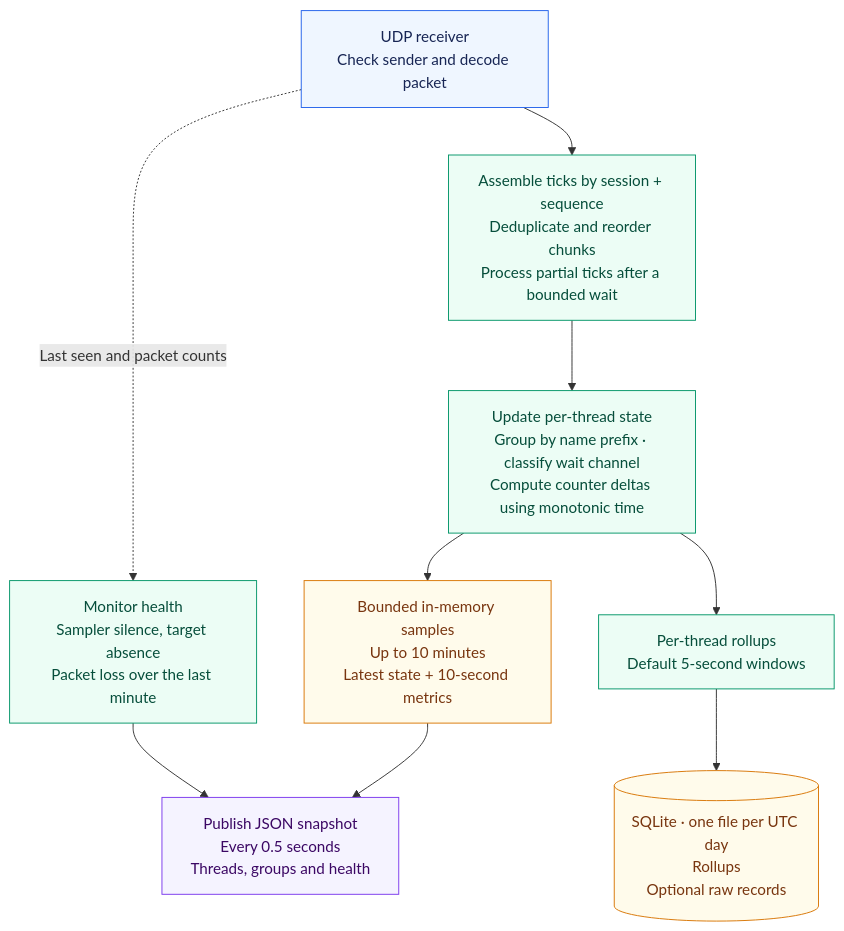
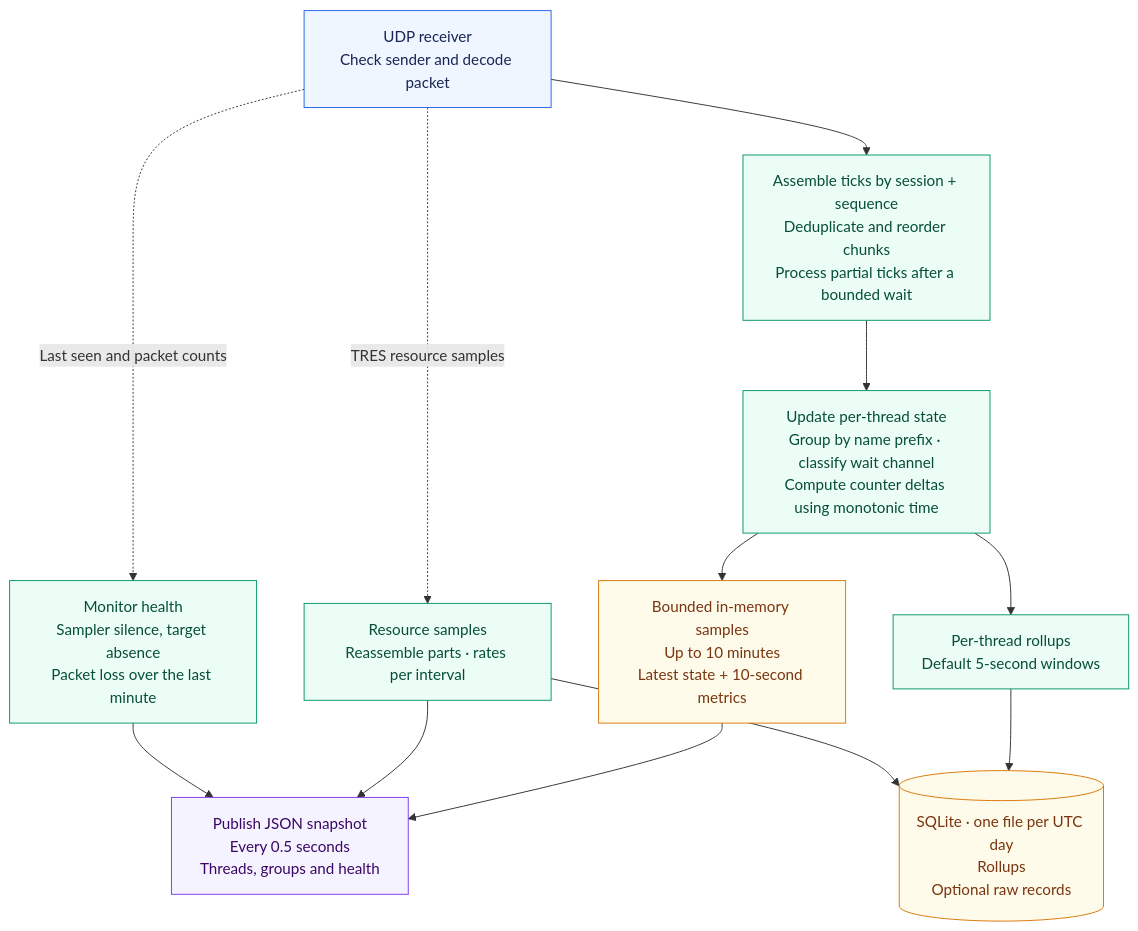
The third of 4 diagrams in docs/architecture.md (breakbadsp/triangulator), drawn with Mermaid before and after one commit. The commit also changed other lines of this file and 5 other files, not shown here.

First line of the commit message:
Docs: explain the resource metrics and update the roadmap

````diff
--- a/docs/architecture.md
+++ b/docs/architecture.md
@@ -87,25 +93,28 @@
 ```mermaid
 flowchart TD
     udp["UDP receiver<br/>Check sender and decode packet"]
     merge["Assemble ticks by session + sequence<br/>Deduplicate and reorder chunks<br/>Process partial ticks after a bounded wait"]
     process["Update per-thread state<br/>Group by name prefix · classify wait channel<br/>Compute counter deltas using monotonic time"]
     live["Bounded in-memory samples<br/>Up to 10 minutes<br/>Latest state + 10-second metrics"]
     rollup["Per-thread rollups<br/>Default 5-second windows"]
     health["Monitor health<br/>Sampler silence, target absence<br/>Packet loss over the last minute"]
     snapshot["Publish JSON snapshot<br/>Every 0.5 seconds<br/>Threads, groups and health"]
     db[("SQLite · one file per UTC day<br/>Rollups<br/>Optional raw records")]
 
     udp --> merge --> process
     process --> live --> snapshot
     process --> rollup --> db
+    udp -.->|"TRES resource samples"| resource["Resource samples<br/>Reassemble parts · rates per interval"]
+    resource --> snapshot
+    resource --> db
     udp -.->|"Last seen and packet counts"| health --> snapshot
 
     classDef source fill:#eff6ff,stroke:#2563eb,color:#172554
     classDef compute fill:#ecfdf5,stroke:#059669,color:#064e3b
     classDef store fill:#fffbeb,stroke:#d97706,color:#78350f
     classDef view fill:#f5f3ff,stroke:#7c3aed,color:#3b0764
     class udp source
-    class merge,process,rollup,health compute
+    class merge,process,rollup,health,resource compute
     class live,db store
     class snapshot view
 ```
````
